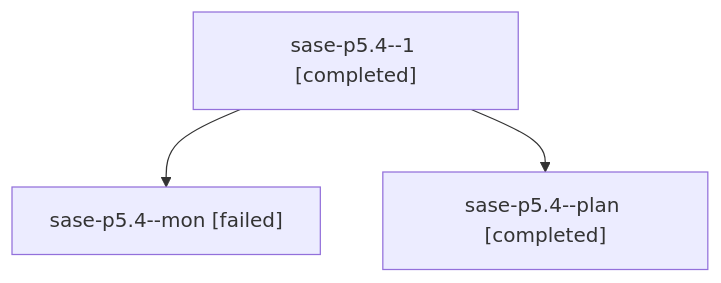
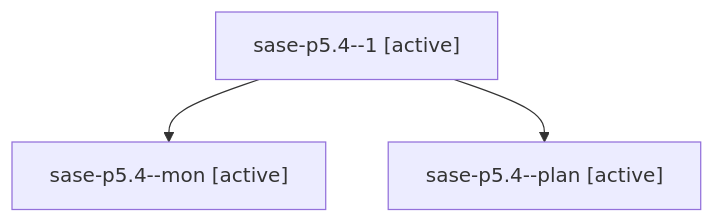
Before and after one commit to sase-org/sase--agents: the diagram in families/bbugyi200.athena.sase-p5.4.md, drawn with Mermaid. The commit also changed other lines of this file and 35830 other files, not shown here.

````diff
--- a/families/bbugyi200.athena.sase-p5.4.md
+++ b/families/bbugyi200.athena.sase-p5.4.md
@@ -9,8 +9,8 @@
 ```mermaid
 flowchart TD
-  n0["sase-p5.4--1 [completed]"]
-  n1["sase-p5.4--mon [failed]"]
+  n0["sase-p5.4--1 [active]"]
+  n1["sase-p5.4--mon [active]"]
   n0 --> n1
-  n2["sase-p5.4--plan [completed]"]
+  n2["sase-p5.4--plan [active]"]
   n0 --> n2
 ```
````
